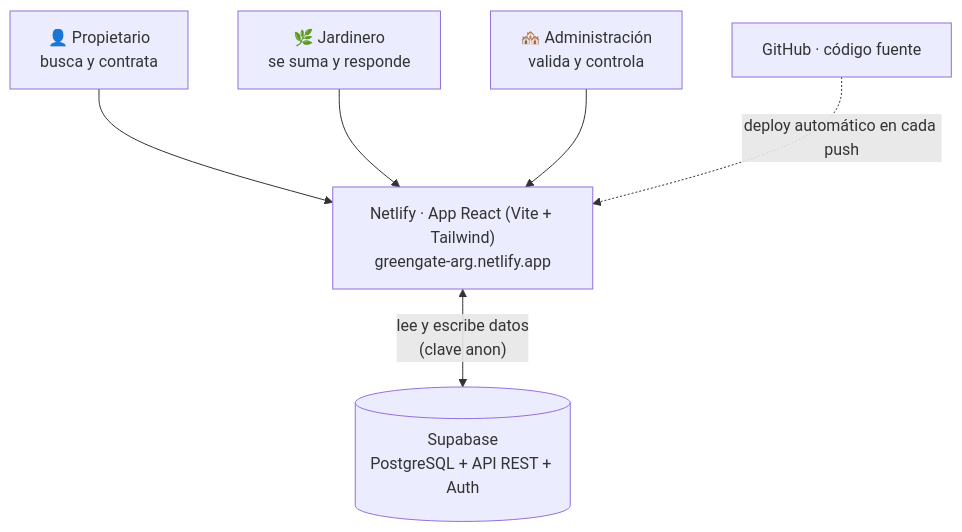
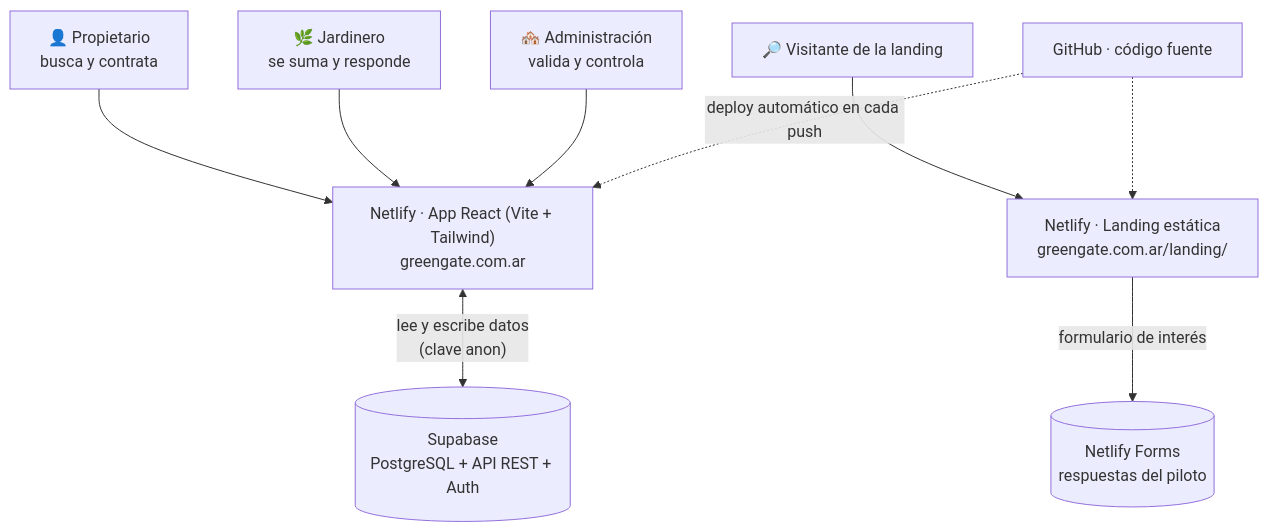
One commit to gpuentes-wq/GreenGate changed the diagram in docs/arquitectura.md. Above: the diagram before and after it, drawn with Mermaid. The commit also changed other lines of this file and 8 other files, not shown here.

````diff
--- a/docs/arquitectura.md
+++ b/docs/arquitectura.md
@@ -11,8 +11,11 @@
 ```mermaid
 flowchart TD
   U1["👤 Propietario<br/>busca y contrata"] --> APP
   U2["🌿 Jardinero<br/>se suma y responde"] --> APP
   U3["🏘️ Administración<br/>valida y controla"] --> APP
-  APP["Netlify · App React (Vite + Tailwind)<br/>greengate-arg.netlify.app"] <-->|"lee y escribe datos<br/>(clave anon)"| SB[("Supabase<br/>PostgreSQL + API REST + Auth")]
+  APP["Netlify · App React (Vite + Tailwind)<br/>greengate.com.ar"] <-->|"lee y escribe datos<br/>(clave anon)"| SB[("Supabase<br/>PostgreSQL + API REST + Auth")]
+  V["🔎 Visitante de la landing"] --> LP["Netlify · Landing estática<br/>greengate.com.ar/landing/"]
+  LP -->|"formulario de interés"| NF[("Netlify Forms<br/>respuestas del piloto")]
   GH["GitHub · código fuente"] -.->|"deploy automático en cada push"| APP
+  GH -.-> LP
 ```
````
